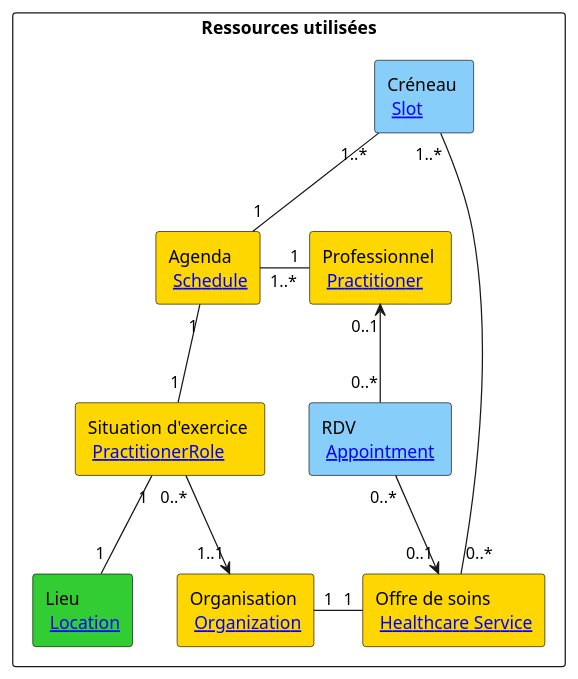
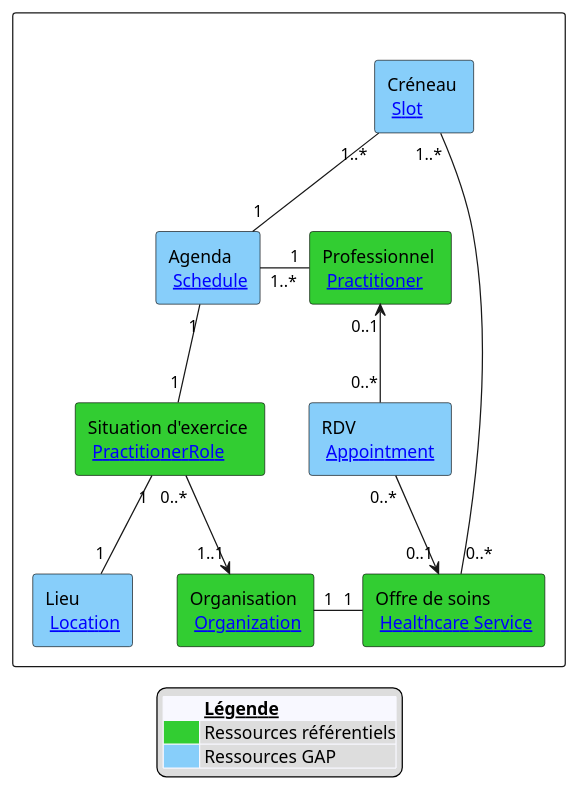
Before and after one commit to ansforge/IG-fhir-service-acces-aux-soins: the diagram in input/images-source/ressources-exploitees-fhir-global.plantuml, drawn with PlantUML. The commit also changed 5 other files, not shown here.

```diff
--- a/input/images-source/ressources-exploitees-fhir-global.plantuml
+++ b/input/images-source/ressources-exploitees-fhir-global.plantuml
@@ -1,37 +1,41 @@
 @startuml
 skinparam linetype poly
 
 'Declaration des éléments
-rectangle "Ressources utilisées" {
+rectangle " " {
 
     rectangle "Créneau \n [[StructureDefinition-sas-cpts-slot-aggregator.html Slot]] " as Sl#LightSkyBlue;line:Black;text:Black
 
-    rectangle "Agenda \n [[StructureDefinition-FrScheduleAgregateur.html Schedule]]" as Sc #Gold;line:Black;text:Black
+    rectangle "Agenda \n [[StructureDefinition-FrScheduleAgregateur.html Schedule]]" as Sc #LightSkyBlue;line:Black;text:Black
 
-    rectangle "Professionnel \n [[StructureDefinition-FrPractitionerAgregateur.html Practitioner]]" as PS #Gold;line:Black;text:Black
+    rectangle "Professionnel \n [[StructureDefinition-FrPractitionerAgregateur.html Practitioner]]" as PS #LimeGreen;line:Black;text:Black
 
-    rectangle "Situation d'exercice \n [[StructureDefinition-FrPractitionerRoleExerciceAgregateur.html PractitionerRole]]" as PR #Gold;line:Black;text:Black
+    rectangle "Situation d'exercice \n [[StructureDefinition-FrPractitionerRoleExerciceAgregateur.html PractitionerRole]]" as PR #LimeGreen;line:Black;text:Black
     
-    rectangle "Lieu \n [[StructureDefinition-FrLocationAgregateur.html Location]]" as Lieu #LimeGreen;line:Black;text:Black
+    rectangle "Lieu \n [[StructureDefinition-FrLocationAgregateur.html Location]]" as Lieu #LightSkyBlue;line:Black;text:Black
 
-    rectangle "Offre de soins \n [[StructureDefinition-sas-cpts-healthcareservice-aggregator.html Healthcare Service]]" as HS #Gold;line:Black;text:Black
+    rectangle "Offre de soins \n [[StructureDefinition-sas-cpts-healthcareservice-aggregator.html Healthcare Service]]" as HS #LimeGreen;line:Black;text:Black
 
-    rectangle "Organisation \n [[StructureDefinition-sas-cpts-organization-aggregator.html Organization]]" as Orga #Gold;line:Black;text:Black
+    rectangle "Organisation \n [[StructureDefinition-sas-cpts-organization-aggregator.html Organization]]" as Orga #LimeGreen;line:Black;text:Black
 
     rectangle "RDV\n [[StructureDefinition-sas-appointment-lrm.html Appointment]] " as Ap#LightSkyBlue;line:Black;text:Black
 }
 
 'Liens entre éléments
 PR"0..*"-->"1..1" Orga : ""
 Ap"0..*"-u->"0..1" PS :""
 Ap"0..*"-->"0..1" HS: "" 
 Sc "1..*"-"1" PS : ""
 Sl "1..*"--"1" Sc :""
 Sc "1"--"1" PR : ""
 PR "1"--"1" Lieu : "" 
 Sl "1..*"--"0..*" HS : "" 
 HS "1"-"1" Orga : ""
 
-
+legend bottom
+    <#GhostWhite,#GhostWhite>|        |= __Légende__ |
+    |<#LimeGreen>| Ressources référentiels|
+    |<#LightSkyBlue>| Ressources GAP|
+end legend
 
 @enduml
```
